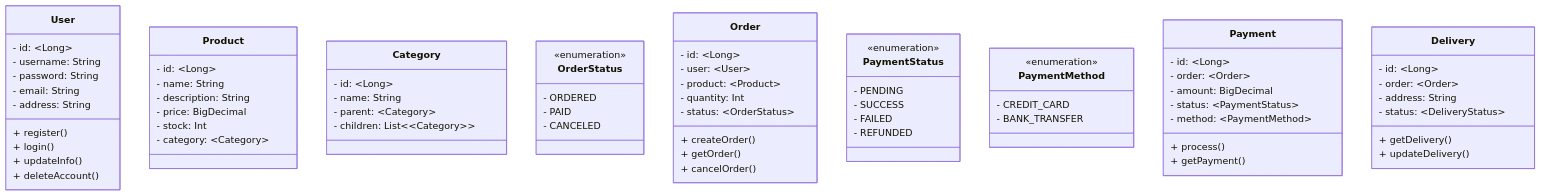
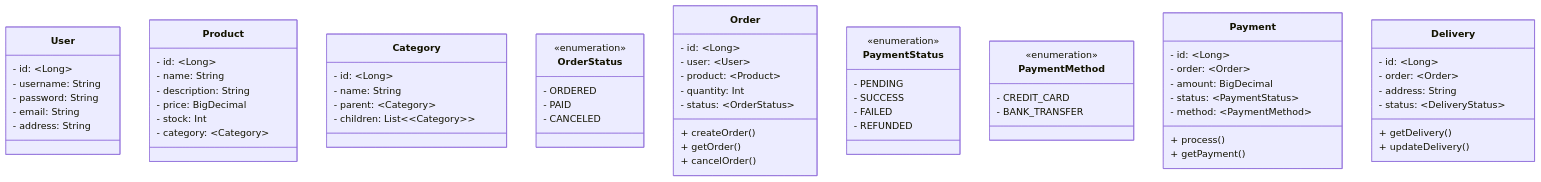
Before and after one commit to study-111/commerce-system-be: the diagram in README.md, drawn with Mermaid. The commit also changed other lines of this file and 22 other files, not shown here.

````diff
--- a/README.md
+++ b/README.md
@@ -33,81 +33,77 @@
 ```mermaid
 classDiagram
     class User {
         - id: ~Long~
         - username: String
         - password: String
         - email: String
         - address: String
-        + register()
-        + login()
-        + updateInfo()
-        + deleteAccount()
     }
 
     class Product {
         - id: ~Long~
         - name: String
         - description: String
         - price: BigDecimal
         - stock: Int
         - category: ~Category~
     }
 
     class Category {
         - id: ~Long~
         - name: String
         - parent: ~Category~
         - children: List<~Category~>
     }
 
     class OrderStatus {
         <<enumeration>>
         - ORDERED
         - PAID
         - CANCELED
     }
 
     class Order {
         - id: ~Long~
         - user: ~User~
         - product: ~Product~
         - quantity: Int
         - status: ~OrderStatus~
         + createOrder()
         + getOrder()
         + cancelOrder()
     }
 
     class PaymentStatus {
         <<enumeration>>
         - PENDING
         - SUCCESS
         - FAILED
         - REFUNDED
     }
 
     class PaymentMethod {
         <<enumeration>>
         - CREDIT_CARD
         - BANK_TRANSFER
     }
 
     class Payment {
         - id: ~Long~
         - order: ~Order~
         - amount: BigDecimal
         - status: ~PaymentStatus~
         - method: ~PaymentMethod~
         + process()
         + getPayment()
     }
 
     class Delivery {
         - id: ~Long~
         - order: ~Order~
         - address: String
         - status: ~DeliveryStatus~
         + getDelivery()
         + updateDelivery()
     }
 ```
````
